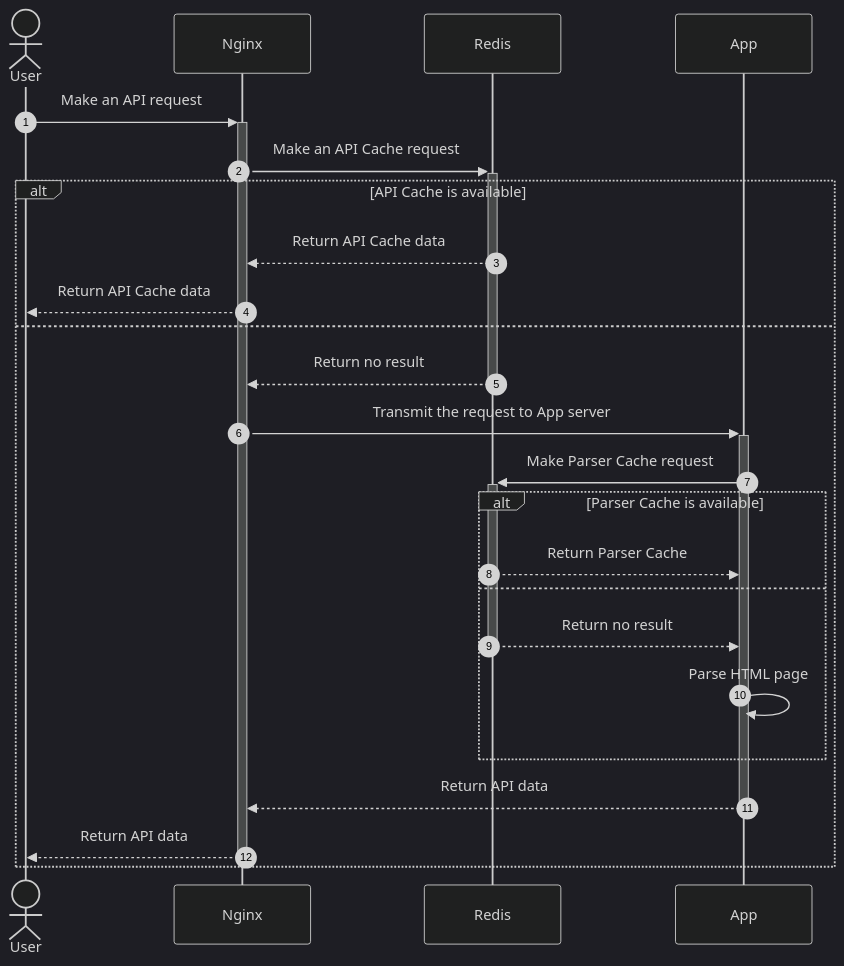
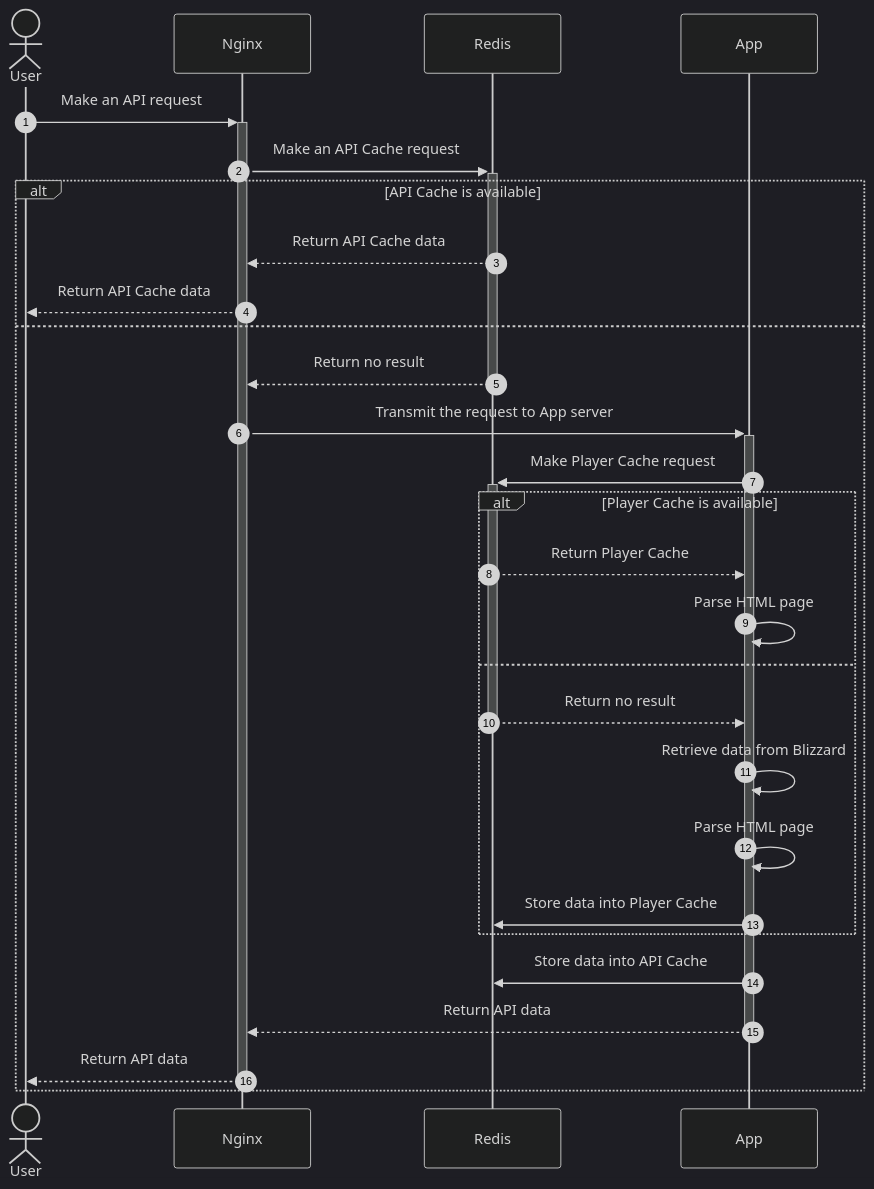
Before and after one commit to TeKrop/overfast-api: the second of 2 diagrams in README.md, drawn with Mermaid (dark theme). The commit also changed other lines of this file and 9 other files, not shown here.

````diff
--- a/README.md
+++ b/README.md
@@ -138,27 +156,31 @@
 ```mermaid
 sequenceDiagram
     autonumber
     actor User
     participant Nginx
     participant Redis
     participant App
     User->>+Nginx: Make an API request
     Nginx->>+Redis: Make an API Cache request
     alt API Cache is available
         Redis-->>Nginx: Return API Cache data
         Nginx-->>User: Return API Cache data
     else
         Redis-->>-Nginx: Return no result
         Nginx->>+App: Transmit the request to App server
-        App->>+Redis: Make Parser Cache request
-        alt Parser Cache is available
-            Redis-->>App: Return Parser Cache
+        App->>+Redis: Make Player Cache request
+        alt Player Cache is available
+            Redis-->>App: Return Player Cache
+            App->>App: Parse HTML page
         else
             Redis-->>-App: Return no result
+            App->>App: Retrieve data from Blizzard
             App->>App: Parse HTML page
+            App->>Redis: Store data into Player Cache
         end
+        App->>Redis: Store data into API Cache
         App-->>-Nginx: Return API data
         Nginx-->>-User: Return API data
     end
 
 ```
````
